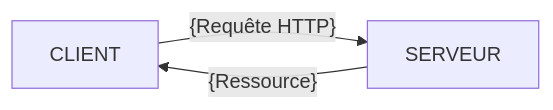
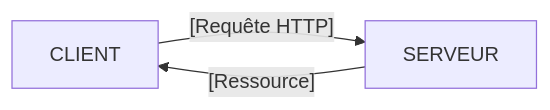
Before and after one commit to boddaert/snt: the diagram in seconde/Web/Modele_client_serveur.md, drawn with Mermaid. The commit also changed 1 other file, not shown here.

````diff
--- a/seconde/Web/Modele_client_serveur.md
+++ b/seconde/Web/Modele_client_serveur.md
@@ -25,5 +25,5 @@
 ```mermaid
     graph LR;
-        CLIENT--{Requête HTTP}-->SERVEUR;
-        SERVEUR--{Ressource}-->CLIENT;
+        CLIENT--[Requête HTTP]-->SERVEUR;
+        SERVEUR--[Ressource]-->CLIENT;
 ```
````
